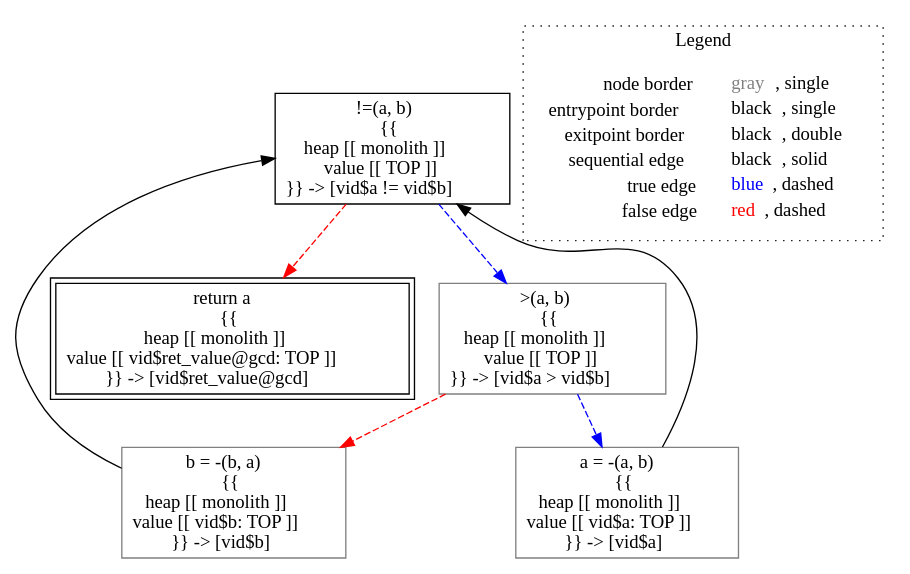
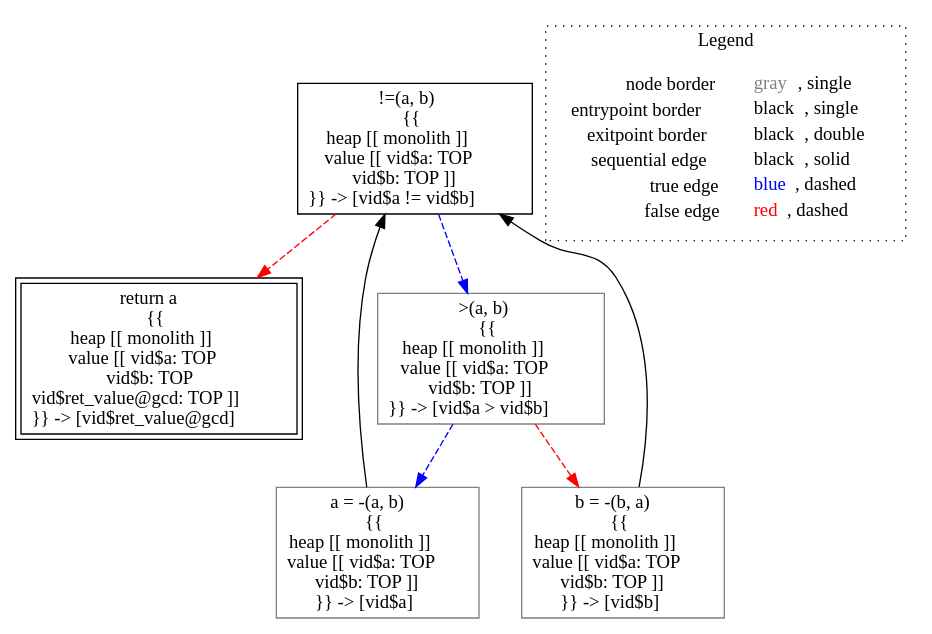
Before and after one commit to lisa-analyzer/lisa: the diagram in lisa/imp-testcases/numeric/parity/analysis___untyped_gcd(untyped_a,_untyped_b).dot, drawn with Graphviz. The commit also changed 18 other files, not shown here.

First line of the commit message:
PushAny for expressions creating top value

```diff
--- a/lisa/imp-testcases/numeric/parity/analysis___untyped_gcd(untyped_a,_untyped_b).dot
+++ b/lisa/imp-testcases/numeric/parity/analysis___untyped_gcd(untyped_a,_untyped_b).dot
@@ -1,20 +1,20 @@
 digraph {
-	"node0" [shape="rect",color="black",label=<!=(a, b)<BR/>{{<BR/>heap [[ monolith ]]<BR/>value [[ TOP ]]<BR/>}} -&gt; [vid$a != vid$b]>];
-	"node1" [shape="rect",color="gray",label=<b = -(b, a)<BR/>{{<BR/>heap [[ monolith ]]<BR/>value [[ vid$b: TOP ]]<BR/>}} -&gt; [vid$b]>];
-	"node2" [shape="rect",color="gray",label=<&gt;(a, b)<BR/>{{<BR/>heap [[ monolith ]]<BR/>value [[ TOP ]]<BR/>}} -&gt; [vid$a &gt; vid$b]>];
-	"node3" [shape="rect",color="gray",label=<a = -(a, b)<BR/>{{<BR/>heap [[ monolith ]]<BR/>value [[ vid$a: TOP ]]<BR/>}} -&gt; [vid$a]>];
-	"node4" [shape="rect",color="black",peripheries="2",label=<return a<BR/>{{<BR/>heap [[ monolith ]]<BR/>value [[ vid$ret_value@gcd: TOP ]]<BR/>}} -&gt; [vid$ret_value@gcd]>];
+	"node0" [shape="rect",color="black",label=<!=(a, b)<BR/>{{<BR/>heap [[ monolith ]]<BR/>value [[ vid$a: TOP<BR/>vid$b: TOP ]]<BR/>}} -&gt; [vid$a != vid$b]>];
+	"node1" [shape="rect",color="gray",label=<a = -(a, b)<BR/>{{<BR/>heap [[ monolith ]]<BR/>value [[ vid$a: TOP<BR/>vid$b: TOP ]]<BR/>}} -&gt; [vid$a]>];
+	"node2" [shape="rect",color="black",peripheries="2",label=<return a<BR/>{{<BR/>heap [[ monolith ]]<BR/>value [[ vid$a: TOP<BR/>vid$b: TOP<BR/>vid$ret_value@gcd: TOP ]]<BR/>}} -&gt; [vid$ret_value@gcd]>];
+	"node3" [shape="rect",color="gray",label=<b = -(b, a)<BR/>{{<BR/>heap [[ monolith ]]<BR/>value [[ vid$a: TOP<BR/>vid$b: TOP ]]<BR/>}} -&gt; [vid$b]>];
+	"node4" [shape="rect",color="gray",label=<&gt;(a, b)<BR/>{{<BR/>heap [[ monolith ]]<BR/>value [[ vid$a: TOP<BR/>vid$b: TOP ]]<BR/>}} -&gt; [vid$a &gt; vid$b]>];
 	"node1" -> "node0" [color="black"];
-	"node2" -> "node1" [color="red",style="dashed"];
-	"node2" -> "node3" [color="blue",style="dashed"];
 	"node3" -> "node0" [color="black"];
-	"node0" -> "node2" [color="blue",style="dashed"];
-	"node0" -> "node4" [color="red",style="dashed"];
+	"node0" -> "node2" [color="red",style="dashed"];
+	"node0" -> "node4" [color="blue",style="dashed"];
+	"node4" -> "node1" [color="blue",style="dashed"];
+	"node4" -> "node3" [color="red",style="dashed"];
 subgraph cluster_legend {
 	label="Legend";
 	style=dotted;
 	node [shape=plaintext];
 	"legend" [label=<<table border="0" cellpadding="2" cellspacing="0" cellborder="0"><tr><td align="right">node border&nbsp;</td><td align="left"><font color="gray">gray</font>, single</td></tr><tr><td align="right">entrypoint border&nbsp;</td><td align="left"><font color="black">black</font>, single</td></tr><tr><td align="right">exitpoint border&nbsp;</td><td align="left"><font color="black">black</font>, double</td></tr><tr><td align="right">sequential edge&nbsp;</td><td align="left"><font color="black">black</font>, solid</td></tr><tr><td align="right">true edge&nbsp;</td><td align="left"><font color="blue">blue</font>, dashed</td></tr><tr><td align="right">false edge&nbsp;</td><td align="left"><font color="red">red</font>, dashed</td></tr></table>>];
 }
 
 }
```
